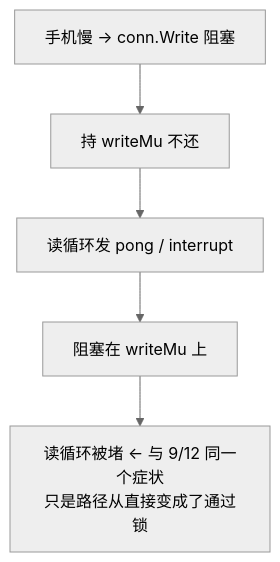
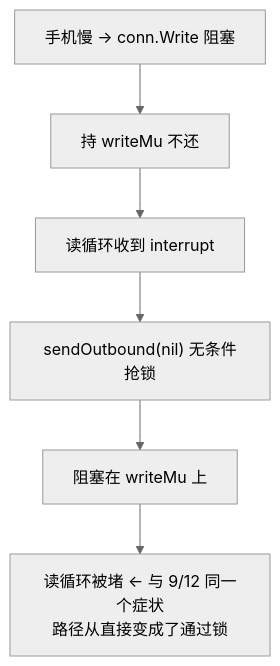
Before and after one commit to FluentWork/fluentwork-meta: the ninth of 12 diagrams in docs/30_技术方案/99_WSS系列_18_轮次归属_顺序标识与三条时钟.md, drawn with Mermaid (neutral theme). The commit also changed other lines of this file, not shown here.

First line of the commit message:
docs: 99 补写路径的锁竞争 —— interrupt 的空写也抢锁

````diff
--- a/docs/30_技术方案/99_WSS系列_18_轮次归属_顺序标识与三条时钟.md
+++ b/docs/30_技术方案/99_WSS系列_18_轮次归属_顺序标识与三条时钟.md
@@ -614,7 +614,8 @@
 ```mermaid
 flowchart TB
     A["手机慢 → conn.Write 阻塞"] --> B["持 writeMu 不还"]
-    B --> C["读循环发 pong / interrupt"]
-    C --> D["阻塞在 writeMu 上"]
-    D --> E["读循环被堵 ← 与 9/12 同一个症状<br/>只是路径从直接变成了通过锁"]
+    B --> C["读循环收到 interrupt"]
+    C --> D["sendOutbound(nil) 无条件抢锁"]
+    D --> E["阻塞在 writeMu 上"]
+    E --> F["读循环被堵 ← 与 9/12 同一个症状<br/>路径从直接变成了通过锁"]
 ```
````
